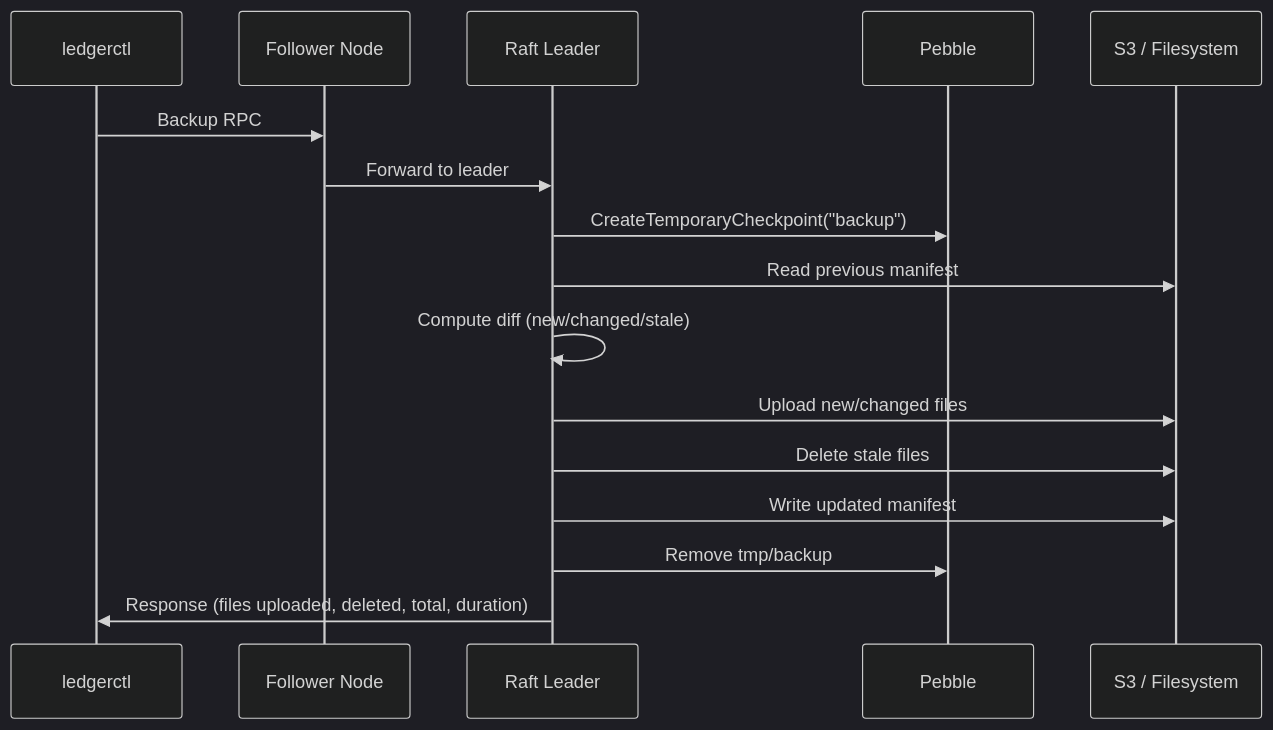
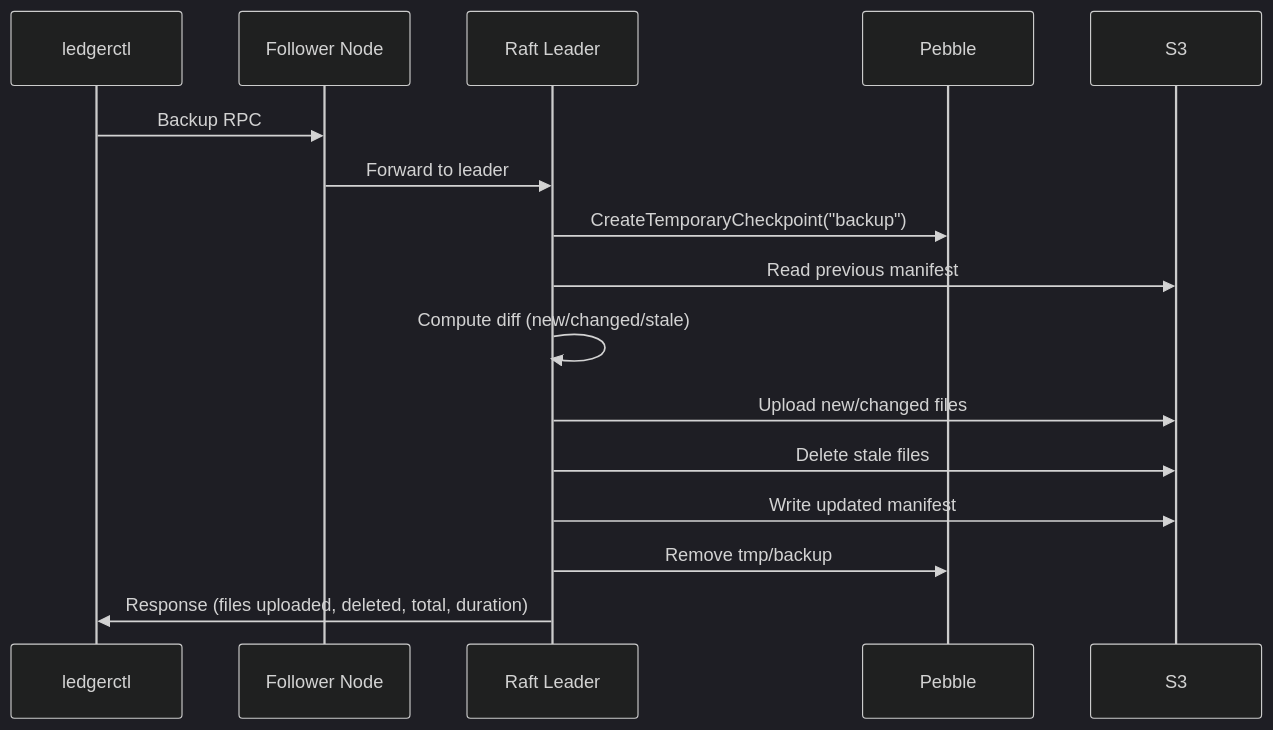
Before and after one commit to formancehq/ledger: the diagram in docs/ops/backup-restore.md, drawn with Mermaid (dark theme). The commit also changed other lines of this file and 25 other files, not shown here.

````diff
--- a/docs/ops/backup-restore.md
+++ b/docs/ops/backup-restore.md
@@ -131,21 +129,21 @@
 ```mermaid
 sequenceDiagram
     participant Client as ledgerctl
     participant Follower as Follower Node
     participant Leader as Raft Leader
     participant Pebble
-    participant Storage as S3 / Filesystem
+    participant Storage as S3
 
     Client->>Follower: Backup RPC
     Follower->>Leader: Forward to leader
 
     Leader->>Pebble: CreateTemporaryCheckpoint("backup")
     Leader->>Storage: Read previous manifest
     Leader->>Leader: Compute diff (new/changed/stale)
     Leader->>Storage: Upload new/changed files
     Leader->>Storage: Delete stale files
     Leader->>Storage: Write updated manifest
     Leader->>Pebble: Remove tmp/backup
 
     Leader->>Client: Response (files uploaded, deleted, total, duration)
 ```
````
